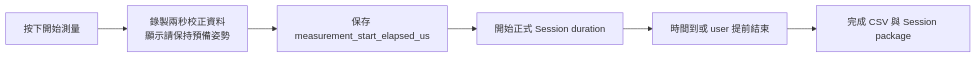
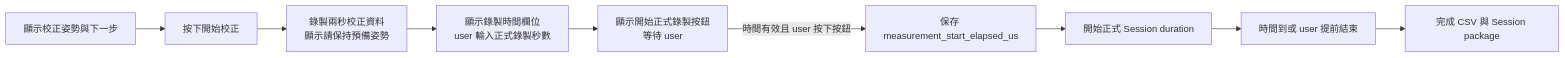
One commit to conan0220/BAP changed the first of 2 diagrams in openspec/changes/implement-punch-speed-analysis/design.md. Above: the diagram before and after it, drawn with Mermaid. The commit also changed other lines of this file and 8 other files, not shown here.

````diff
--- a/openspec/changes/implement-punch-speed-analysis/design.md
+++ b/openspec/changes/implement-punch-speed-analysis/design.md
@@ -59,8 +59,11 @@
 ```mermaid
 flowchart LR
-    START["按下開始測量"] --> CAL["錄製兩秒校正資料<br/>顯示請保持預備姿勢"]
-    CAL --> BOUNDARY["保存 measurement_start_elapsed_us"]
+    GUIDE["顯示校正姿勢與下一步"] --> START["按下開始校正"]
+    START --> CAL["錄製兩秒校正資料<br/>顯示請保持預備姿勢"]
+    CAL --> DURATION["顯示錄製時間欄位<br/>user 輸入正式錄製秒數"]
+    DURATION --> WAIT["顯示開始正式錄製按鈕<br/>等待 user"]
+    WAIT -->|"時間有效且 user 按下按鈕"| BOUNDARY["保存 measurement_start_elapsed_us"]
     BOUNDARY --> RECORD["開始正式 Session duration"]
     RECORD --> STOP["時間到或 user 提前結束"]
     STOP --> PACKAGE["完成 CSV 與 Session package"]
 ```
````
